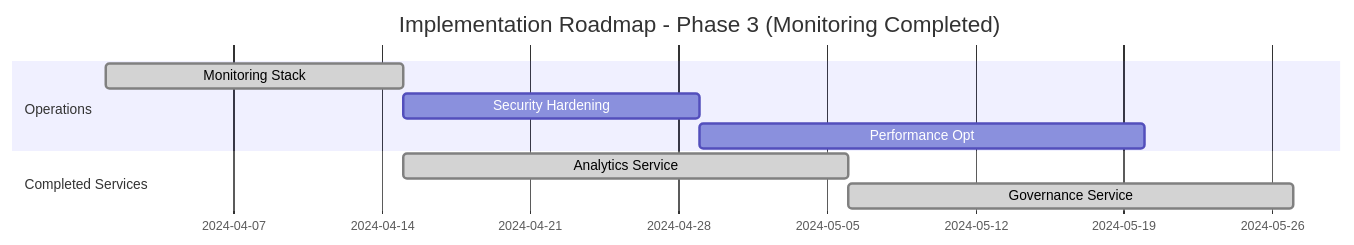
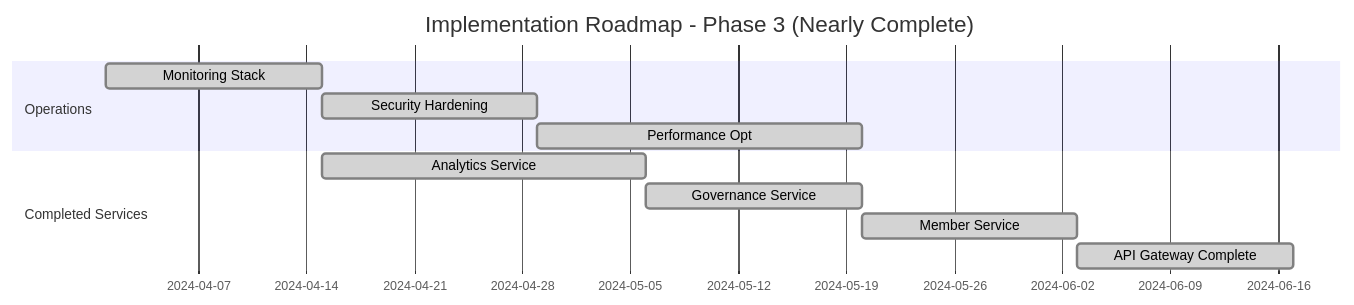
Before and after one commit to OscarAlmgren/reciprocal-clubs-backend: the third of 3 diagrams in docs/SYSTEM_ANALYSIS_AND_RECOMMENDATIONS.md, drawn with Mermaid. The commit also changed other lines of this file and 4 other files, not shown here.

First line of the commit message:
Update documentation to reflect Member Service completion

````diff
--- a/docs/SYSTEM_ANALYSIS_AND_RECOMMENDATIONS.md
+++ b/docs/SYSTEM_ANALYSIS_AND_RECOMMENDATIONS.md
@@ -486,13 +486,15 @@
 ```mermaid
 gantt
-    title Implementation Roadmap - Phase 3 (Monitoring Completed)
+    title Implementation Roadmap - Phase 3 (Nearly Complete)
     dateFormat YYYY-MM-DD
     section Operations
     Monitoring Stack     :done, mon1, 2024-04-01, 14d
-    Security Hardening   :sec1, after mon1, 14d
-    Performance Opt      :perf1, after sec1, 21d
+    Security Hardening   :done, sec1, after mon1, 14d
+    Performance Opt      :done, perf1, after sec1, 21d
 
     section Completed Services
     Analytics Service    :done, anal1, 2024-04-15, 21d
-    Governance Service   :done, gov1, after anal1, 21d
+    Governance Service   :done, gov1, after anal1, 14d
+    Member Service       :done, memb1, after gov1, 14d
+    API Gateway Complete :done, api1, after memb1, 14d
 ```
````
